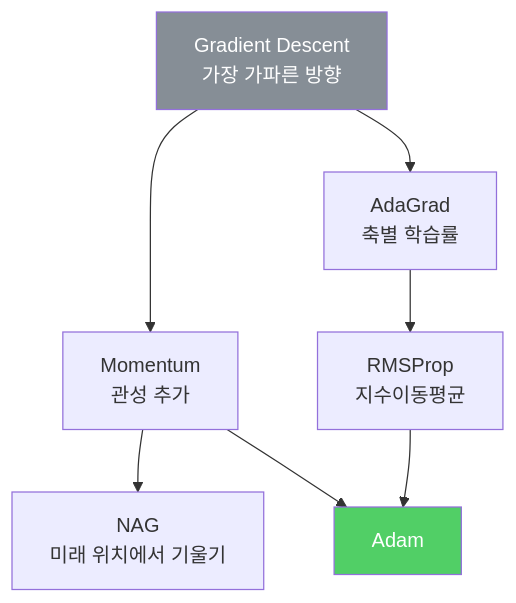
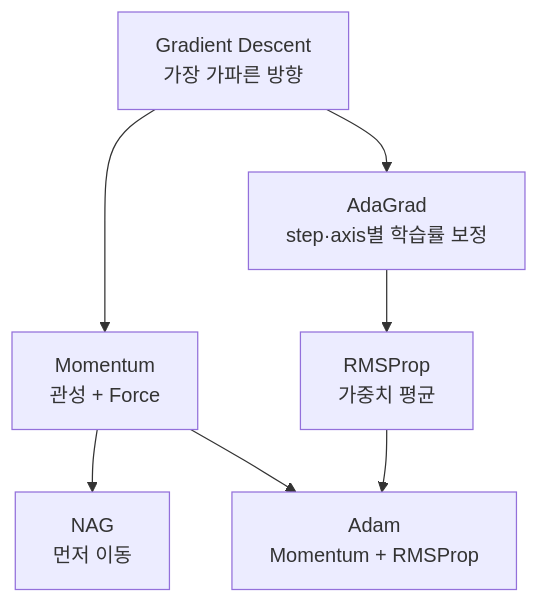
One commit to umyunsang/edu changed the diagram in ComputerScience/03_ai-ml-data/neural-networks/05. 학습 기술들.md. Above: the diagram before and after it, drawn with Mermaid. The commit also changed other lines of this file and 1 other file, not shown here.

````diff
--- a/ComputerScience/03_ai-ml-data/neural-networks/05. 학습 기술들.md
+++ b/ComputerScience/03_ai-ml-data/neural-networks/05. 학습 기술들.md
@@ -52,12 +100,10 @@
 ```mermaid
-flowchart TD
-    GD["Gradient Descent<br/>가장 가파른 방향"] --> MO["Momentum<br/>관성 추가"]
-    GD --> AD["AdaGrad<br/>축별 학습률"]
-    MO --> NAG["NAG<br/>미래 위치에서 기울기"]
-    AD --> RMS["RMSProp<br/>지수이동평균"]
-    MO --> ADAM["Adam"]
-    RMS --> ADAM
-
-    style GD fill:#868e96,color:#fff
-    style ADAM fill:#51cf66,color:#fff
+flowchart TB
+    GD["Gradient Descent<br/>가장 가파른 방향"]
+    GD --> MO["Momentum<br/>관성 + Force"]
+    GD --> AG["AdaGrad<br/>step·axis별 학습률 보정"]
+    MO --> NA["NAG<br/>먼저 이동"]
+    AG --> RM["RMSProp<br/>가중치 평균"]
+    MO --> AD["Adam<br/>Momentum + RMSProp"]
+    RM --> AD
 ```
````
